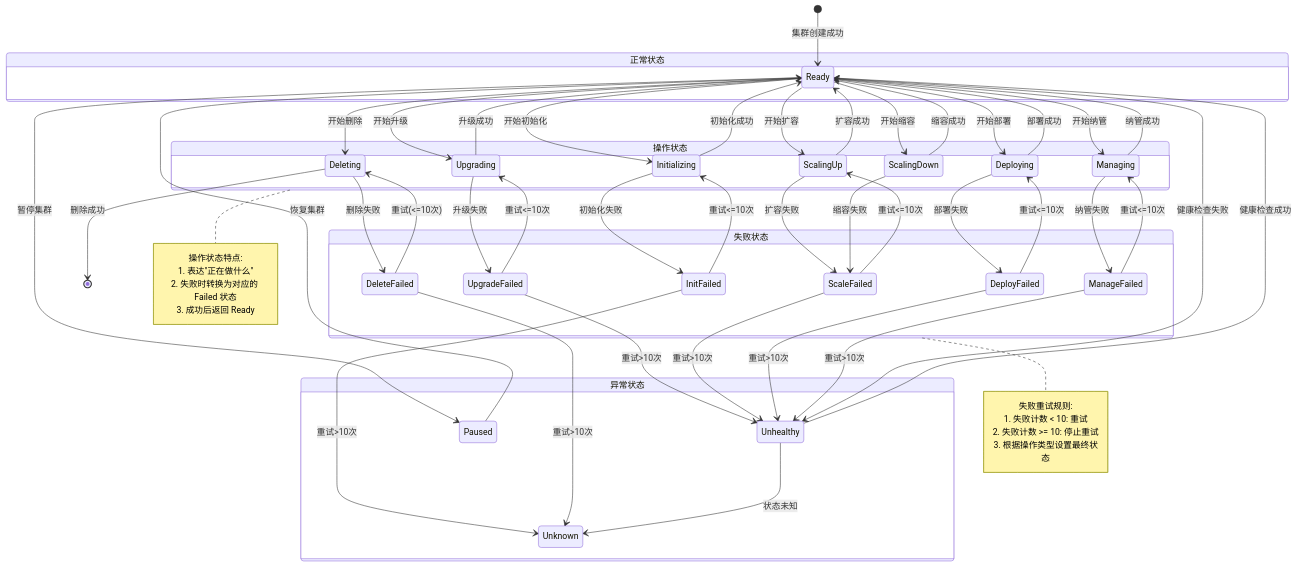
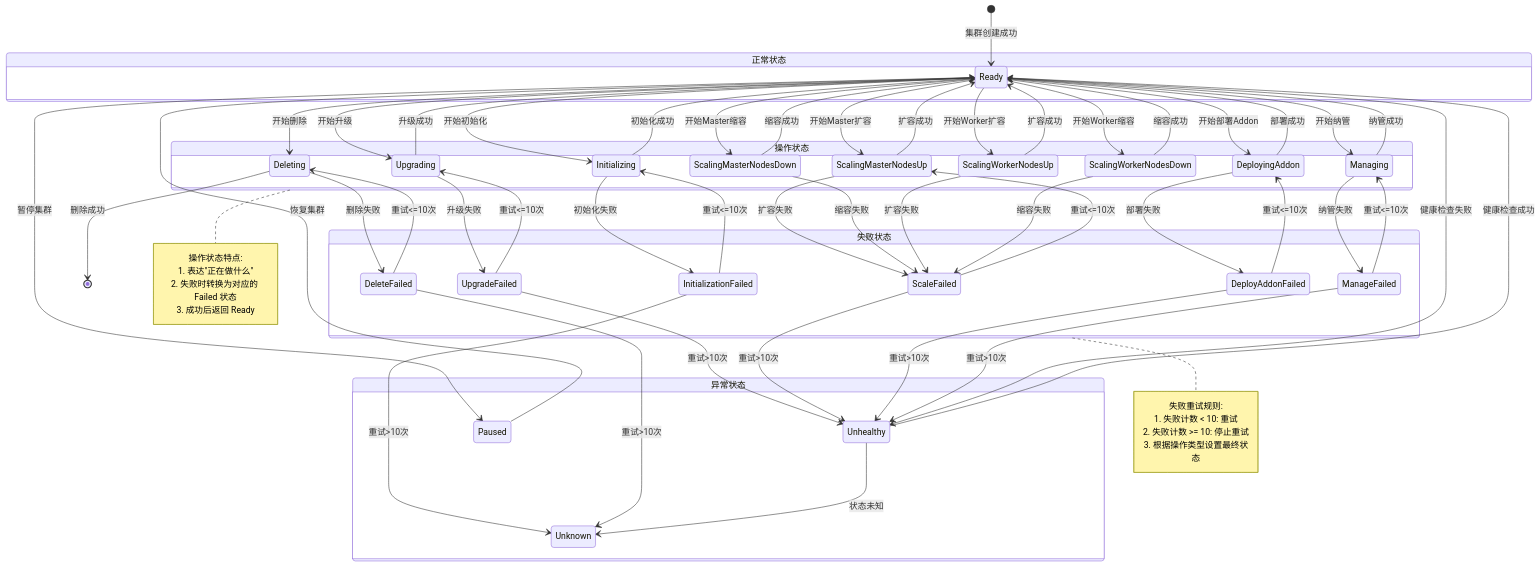
Before and after one commit to javadoors/cluster-api-provider-bke: the diagram in code/exception/状态机重构.md, drawn with Mermaid. The commit also changed other lines of this file, not shown here.

```diff
--- a/code/exception/状态机重构.md
+++ b/code/exception/状态机重构.md
@@ -333,19 +514,21 @@
     state "操作状态" as OperationState {
         Initializing
         Upgrading
-        ScalingUp
-        ScalingDown
+        ScalingMasterNodesUp
+        ScalingMasterNodesDown
+        ScalingWorkerNodesUp
+        ScalingWorkerNodesDown
         Deleting
-        Deploying
+        DeployingAddon
         Managing
     }
     
     state "失败状态" as FailedState {
-        InitFailed
+        InitializationFailed
         UpgradeFailed
         ScaleFailed
         DeleteFailed
-        DeployFailed
+        DeployAddonFailed
         ManageFailed
     }
     
@@ -357,9 +540,9 @@
     
     Ready --> Initializing: 开始初始化
     Initializing --> Ready: 初始化成功
-    Initializing --> InitFailed: 初始化失败
-    InitFailed --> Initializing: 重试<=10次
-    InitFailed --> Unknown: 重试>10次
+    Initializing --> InitializationFailed: 初始化失败
+    InitializationFailed --> Initializing: 重试<=10次
+    InitializationFailed --> Unknown: 重试>10次
     
     Ready --> Upgrading: 开始升级
     Upgrading --> Ready: 升级成功
@@ -367,21 +550,30 @@
     UpgradeFailed --> Upgrading: 重试<=10次
     UpgradeFailed --> Unhealthy: 重试>10次
     
-    Ready --> ScalingUp: 开始扩容
-    ScalingUp --> Ready: 扩容成功
-    ScalingUp --> ScaleFailed: 扩容失败
-    ScaleFailed --> ScalingUp: 重试<=10次
+    Ready --> ScalingMasterNodesUp: 开始Master扩容
+    ScalingMasterNodesUp --> Ready: 扩容成功
+    ScalingMasterNodesUp --> ScaleFailed: 扩容失败
+    
+    Ready --> ScalingMasterNodesDown: 开始Master缩容
+    ScalingMasterNodesDown --> Ready: 缩容成功
+    ScalingMasterNodesDown --> ScaleFailed: 缩容失败
+    
+    Ready --> ScalingWorkerNodesUp: 开始Worker扩容
+    ScalingWorkerNodesUp --> Ready: 扩容成功
+    ScalingWorkerNodesUp --> ScaleFailed: 扩容失败
+    
+    Ready --> ScalingWorkerNodesDown: 开始Worker缩容
+    ScalingWorkerNodesDown --> Ready: 缩容成功
+    ScalingWorkerNodesDown --> ScaleFailed: 缩容失败
+    
+    ScaleFailed --> ScalingMasterNodesUp: 重试<=10次
     ScaleFailed --> Unhealthy: 重试>10次
     
-    Ready --> ScalingDown: 开始缩容
-    ScalingDown --> Ready: 缩容成功
-    ScalingDown --> ScaleFailed: 缩容失败
-    
-    Ready --> Deploying: 开始部署
-    Deploying --> Ready: 部署成功
-    Deploying --> DeployFailed: 部署失败
-    DeployFailed --> Deploying: 重试<=10次
-    DeployFailed --> Unhealthy: 重试>10次
+    Ready --> DeployingAddon: 开始部署Addon
+    DeployingAddon --> Ready: 部署成功
+    DeployingAddon --> DeployAddonFailed: 部署失败
+    DeployAddonFailed --> DeployingAddon: 重试<=10次
+    DeployAddonFailed --> Unhealthy: 重试>10次
     
     Ready --> Managing: 开始纳管
     Managing --> Ready: 纳管成功
@@ -392,7 +584,7 @@
     Ready --> Deleting: 开始删除
     Deleting --> [*]: 删除成功
     Deleting --> DeleteFailed: 删除失败
-    DeleteFailed --> Deleting: 重试(<=10次)
+    DeleteFailed --> Deleting: 重试<=10次
     DeleteFailed --> Unknown: 重试>10次
     
     Ready --> Paused: 暂停集群
```
